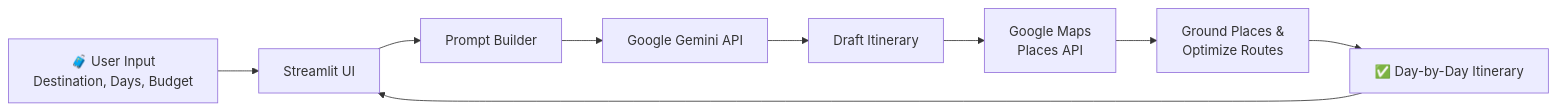
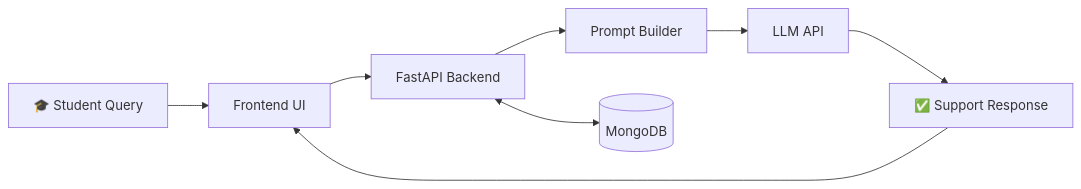
The second of 2 diagrams in README.md (arpan0009e/arpan0009e), drawn with Mermaid before and after one commit. The commit also changed other lines of this file, not shown here.

````diff
--- a/README.md
+++ b/README.md
@@ -141,11 +139,10 @@
 ```mermaid
 flowchart LR
-    A[🧳 User Input<br/>Destination, Days, Budget] --> B[Streamlit UI]
-    B --> C[Prompt Builder]
-    C --> D[Google Gemini API]
-    D --> E[Draft Itinerary]
-    E --> F[Google Maps<br/>Places API]
-    F --> G[Ground Places &<br/>Optimize Routes]
-    G --> H[✅ Day-by-Day Itinerary]
-    H --> B
+    A[🎓 Student Query] --> B[Frontend UI]
+    B --> C[FastAPI Backend]
+    C --> D[Prompt Builder]
+    D --> E[LLM API]
+    E --> F[✅ Support Response]
+    F --> B
+    C <--> G[(MongoDB)]
 ```
````
